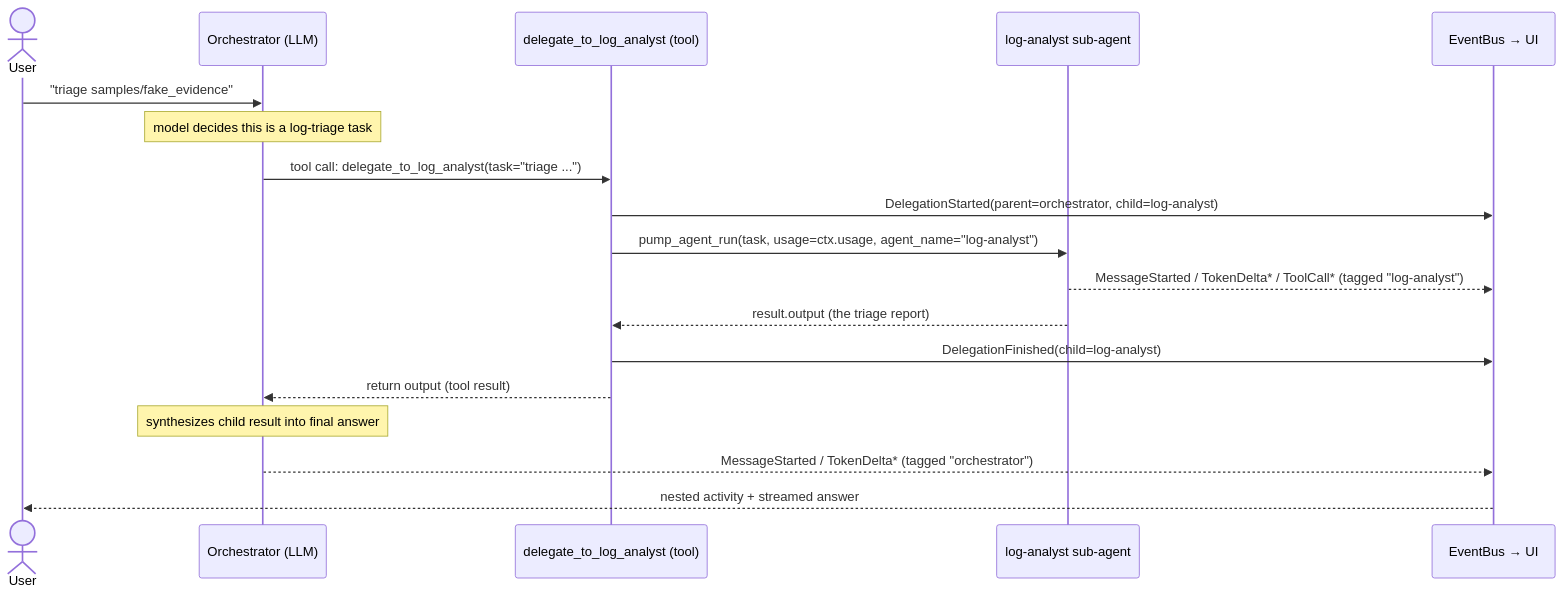
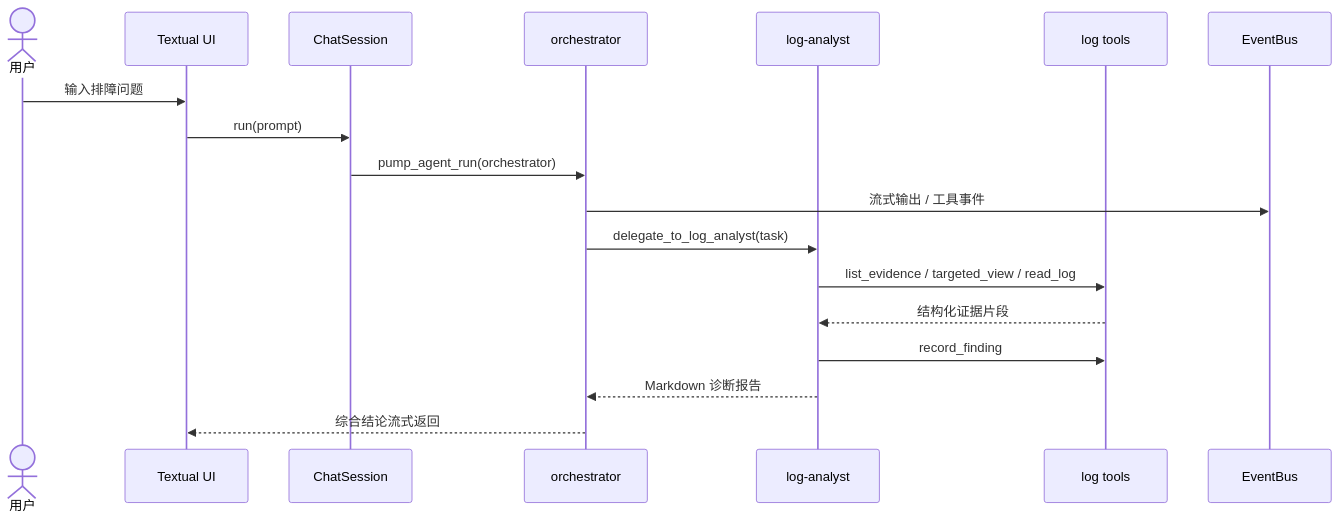
The diagram in README.md (SkyJw/AI_DEBUG), drawn with Mermaid before and after one commit. The commit also changed other lines of this file and 1 other file, not shown here.

Commit message:
docs: add Chinese project README and architecture diagram

````diff
--- a/README.md
+++ b/README.md
@@ -86,21 +158,21 @@
 ```mermaid
 sequenceDiagram
-    actor User
-    participant O as Orchestrator (LLM)
-    participant D as delegate_to_log_analyst (tool)
-    participant C as log-analyst sub-agent
-    participant Bus as EventBus → UI
+    actor User as 用户
+    participant UI as Textual UI
+    participant S as ChatSession
+    participant O as orchestrator
+    participant L as log-analyst
+    participant T as log tools
+    participant B as EventBus
 
-    User->>O: "triage samples/fake_evidence"
-    Note over O: model decides this is a log-triage task
-    O->>D: tool call: delegate_to_log_analyst(task="triage ...")
-    D->>Bus: DelegationStarted(parent=orchestrator, child=log-analyst)
-    D->>C: pump_agent_run(task, usage=ctx.usage, agent_name="log-analyst")
-    C-->>Bus: MessageStarted / TokenDelta* / ToolCall* (tagged "log-analyst")
-    C-->>D: result.output (the triage report)
-    D->>Bus: DelegationFinished(child=log-analyst)
-    D-->>O: return output (tool result)
-    Note over O: synthesizes child result into final answer
-    O-->>Bus: MessageStarted / TokenDelta* (tagged "orchestrator")
-    Bus-->>User: nested activity + streamed answer
+    User->>UI: 输入排障问题
+    UI->>S: run(prompt)
+    S->>O: pump_agent_run(orchestrator)
+    O->>B: 流式输出 / 工具事件
+    O->>L: delegate_to_log_analyst(task)
+    L->>T: list_evidence / targeted_view / read_log
+    T-->>L: 结构化证据片段
+    L->>T: record_finding
+    L-->>O: Markdown 诊断报告
+    O-->>UI: 综合结论流式返回
 ```
````
